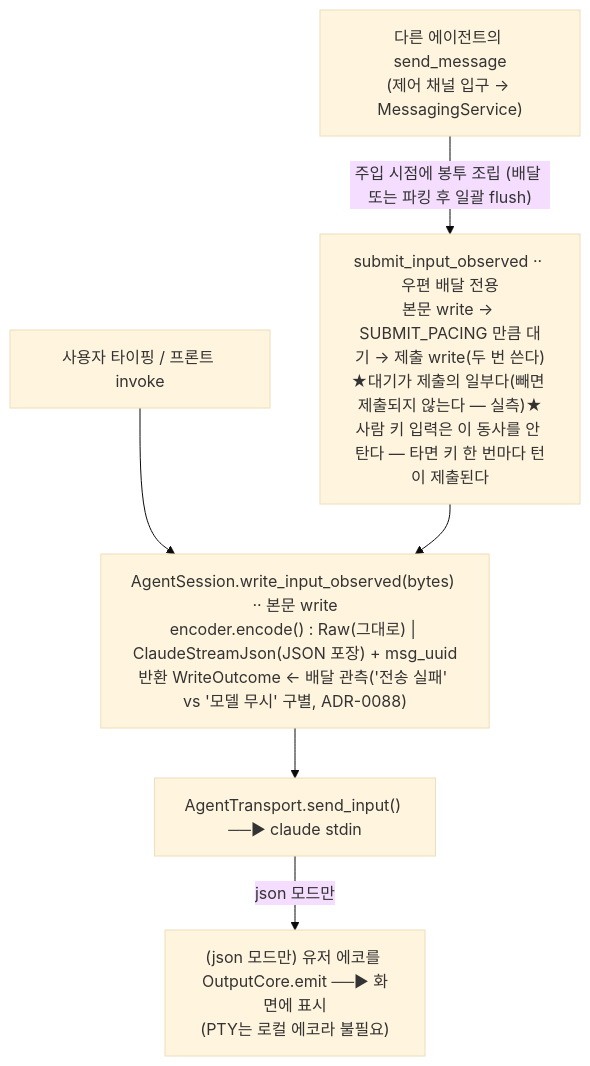
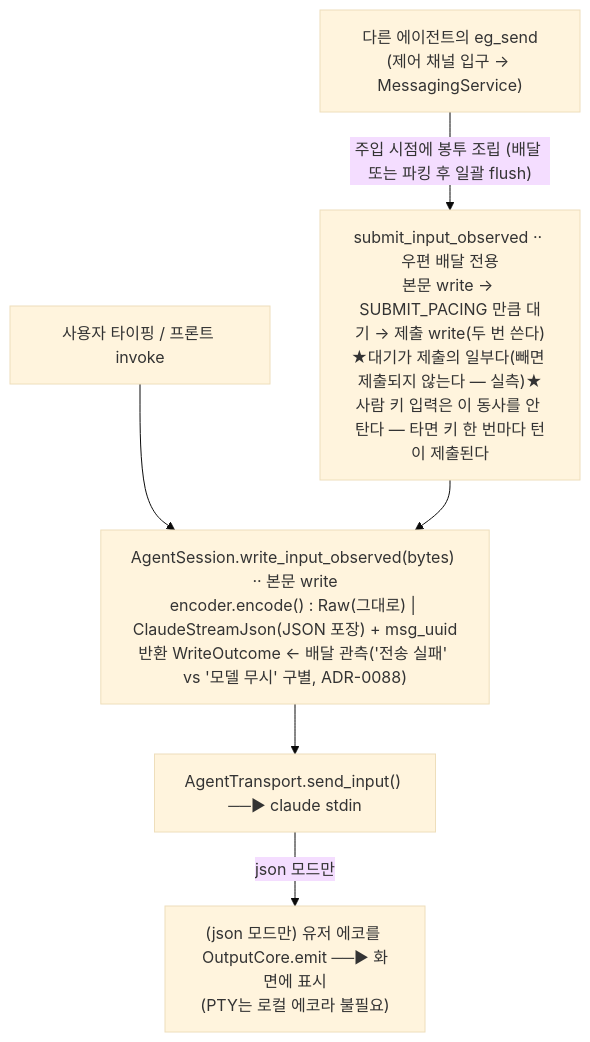
The sixth of 20 diagrams in docs/reference/architecture-overview.md (kimsunzun/engram-dashboard), drawn with Mermaid (base theme) before and after one commit. The commit also changed other lines of this file and 22 other files, not shown here.

````diff
--- a/docs/reference/architecture-overview.md
+++ b/docs/reference/architecture-overview.md
@@ -263,15 +263,15 @@
 ```mermaid
 flowchart TD
   IN1["사용자 타이핑 / 프론트 invoke"]
-  IN2["다른 에이전트의 send_message<br/>(제어 채널 입구 → MessagingService)"]
+  IN2["다른 에이전트의 eg_send<br/>(제어 채널 입구 → MessagingService)"]
   WI["AgentSession.write_input_observed(bytes) ·· 본문 write<br/>encoder.encode() : Raw(그대로) | ClaudeStreamJson(JSON 포장) + msg_uuid<br/>반환 WriteOutcome ← 배달 관측('전송 실패' vs '모델 무시' 구별, ADR-0088)"]
   SUBMIT["submit_input_observed ·· 우편 배달 전용<br/>본문 write → SUBMIT_PACING 만큼 대기 → 제출 write(두 번 쓴다)<br/>★대기가 제출의 일부다(빼면 제출되지 않는다 — 실측)★<br/>사람 키 입력은 이 동사를 안 탄다 — 타면 키 한 번마다 턴이 제출된다"]
   SI["AgentTransport.send_input() ──▶ claude stdin"]
   ECHO["(json 모드만) 유저 에코를 OutputCore.emit ──▶ 화면에 표시<br/>(PTY는 로컬 에코라 불필요)"]
 
   IN1 --> WI
   IN2 -->|"주입 시점에 봉투 조립 (배달 또는 파킹 후 일괄 flush)"| SUBMIT
   SUBMIT --> WI
   WI --> SI
   SI -->|"json 모드만"| ECHO
 ```
````
